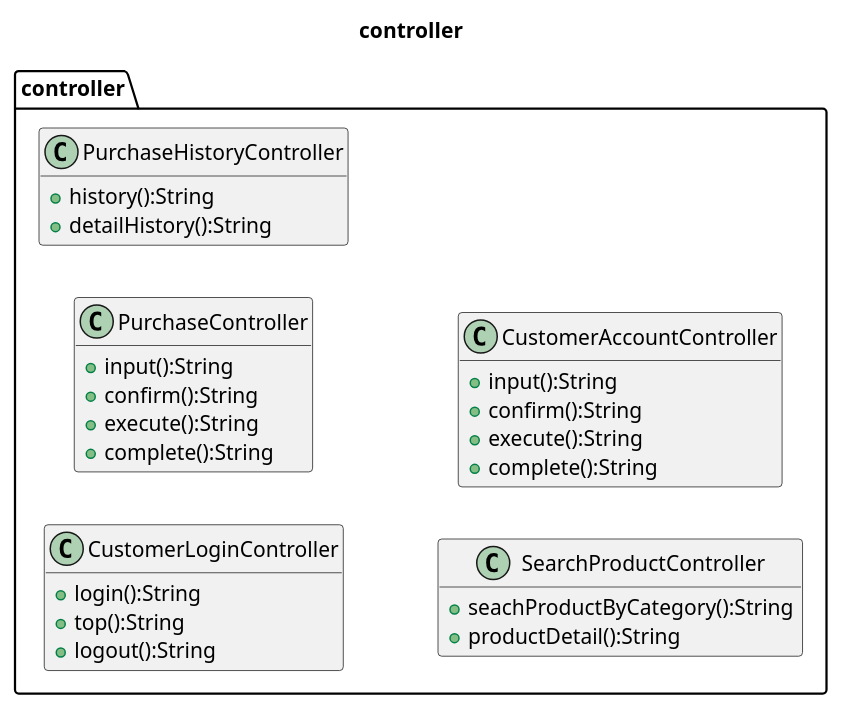
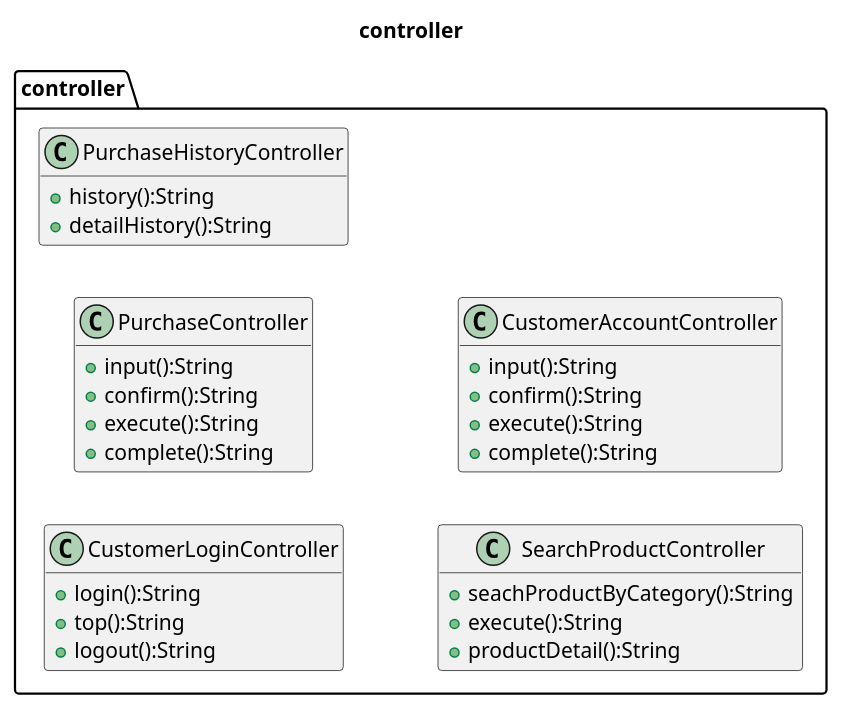
One commit to kanavii3333/ec-b changed the diagram in plan/uml/class/front-end/controller.plantuml. Above: the diagram before and after it, drawn with PlantUML. The commit also changed 18 other files, not shown here.

Commit message:
クラス図　シーケンス図

```diff
--- a/plan/uml/class/front-end/controller.plantuml
+++ b/plan/uml/class/front-end/controller.plantuml
@@ -1,34 +1,35 @@
 @startuml
 title controller
 hide empty members
 left to right direction
 
 package controller{
     class CustomerLoginController{
         +login():String
         +top():String
         +logout():String
     }
     class PurchaseController{
         +input():String
         +confirm():String
         +execute():String
         +complete():String
     }
     class PurchaseHistoryController{
         +history():String
         +detailHistory():String
     }
     class SearchProductController{
         +seachProductByCategory():String
+        +execute():String
         +productDetail():String
     }
     class CustomerAccountController{
         +input():String
         +confirm():String
         +execute():String
         +complete():String
     }
 }
 
 @enduml
```
